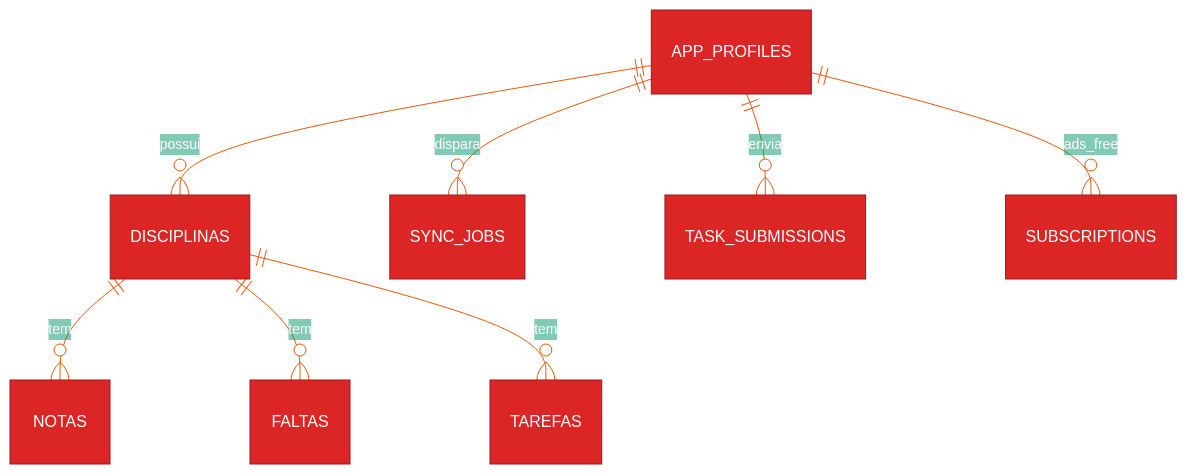
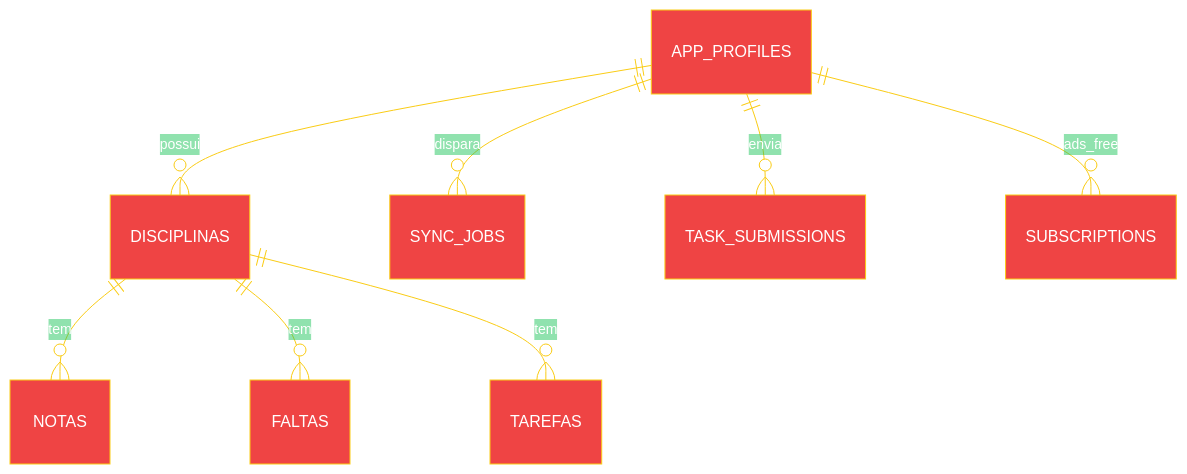
One commit to KairoHenrique/CEFET-Academic-Planner changed the fifth of 5 diagrams in README.md. Above: the diagram before and after it, drawn with Mermaid. The commit also changed other lines of this file, not shown here.

Commit message:
docs: indice em 2 colunas e Mermaid com linhas amarelas no dark

````diff
--- a/README.md
+++ b/README.md
@@ -705,11 +737,11 @@
 ```mermaid
-%%{init: {"theme": "base", "themeVariables": {"primaryColor": "#DC2626", "primaryTextColor": "#FFFFFF", "primaryBorderColor": "#991B1B", "lineColor": "#EA580C", "secondaryColor": "#CA8A04", "tertiaryColor": "#059669"}}}%%
+%%{init: {"theme": "base", "themeVariables": {"primaryColor": "#EF4444", "primaryTextColor": "#FFFFFF", "primaryBorderColor": "#FACC15", "lineColor": "#FACC15", "secondaryColor": "#D946EF", "tertiaryColor": "#22C55E"}}}%%
 erDiagram
   APP_PROFILES ||--o{ DISCIPLINAS : possui
   APP_PROFILES ||--o{ SYNC_JOBS : dispara
   APP_PROFILES ||--o{ TASK_SUBMISSIONS : envia
   APP_PROFILES ||--o{ SUBSCRIPTIONS : ads_free
   DISCIPLINAS ||--o{ NOTAS : tem
   DISCIPLINAS ||--o{ FALTAS : tem
   DISCIPLINAS ||--o{ TAREFAS : tem
 ```
````
